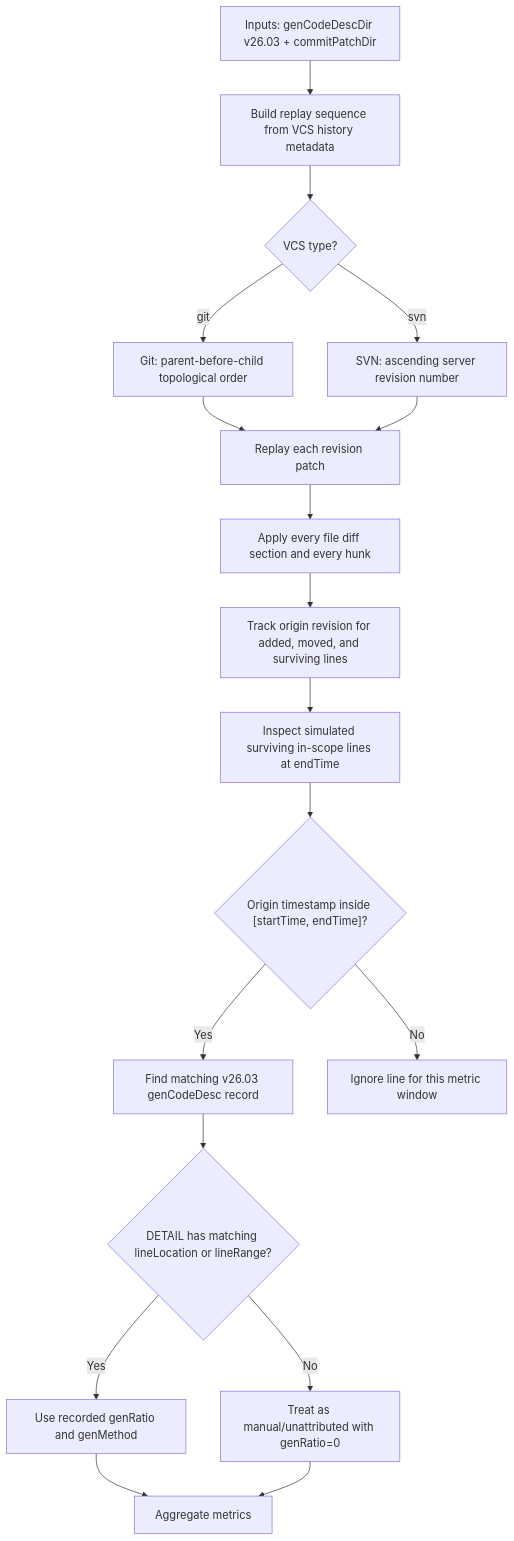
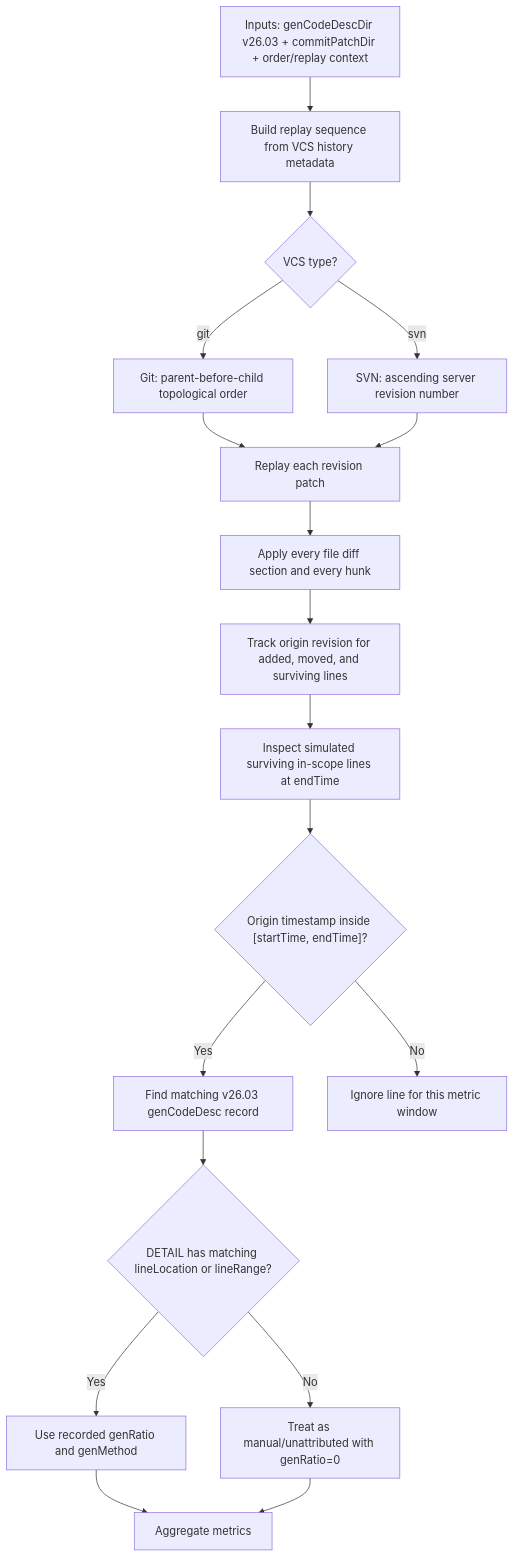
The second of 3 diagrams in README_AlgABC.md (EnigmaWU/MyGenCodeDescBase), drawn with Mermaid before and after one commit. The commit also changed other lines of this file and 1 other file, not shown here.

````diff
--- a/README_AlgABC.md
+++ b/README_AlgABC.md
@@ -85,28 +91,28 @@
 ```mermaid
 flowchart TD
-  B1["Inputs: genCodeDescDir v26.03 + commitPatchDir"]
+  B1["Inputs: genCodeDescDir v26.03 + commitPatchDir + order/replay context"]
   B2["Build replay sequence from VCS history metadata"]
   B3{"VCS type?"}
   B4["Git: parent-before-child topological order"]
   B5["SVN: ascending server revision number"]
   B6["Replay each revision patch"]
   B7["Apply every file diff section and every hunk"]
   B8["Track origin revision for added, moved, and surviving lines"]
   B9["Inspect simulated surviving in-scope lines at endTime"]
   B10{"Origin timestamp inside [startTime, endTime]?"}
   B11["Find matching v26.03 genCodeDesc record"]
   B12{"DETAIL has matching lineLocation or lineRange?"}
   B13["Use recorded genRatio and genMethod"]
   B14["Treat as manual/unattributed with genRatio=0"]
   B15["Aggregate metrics"]
   B16["Ignore line for this metric window"]
 
   B1 --> B2 --> B3
   B3 -- "git" --> B4 --> B6
   B3 -- "svn" --> B5 --> B6
   B6 --> B7 --> B8 --> B9 --> B10
   B10 -- "No" --> B16
   B10 -- "Yes" --> B11 --> B12
   B12 -- "Yes" --> B13 --> B15
   B12 -- "No" --> B14 --> B15
 ```
````
